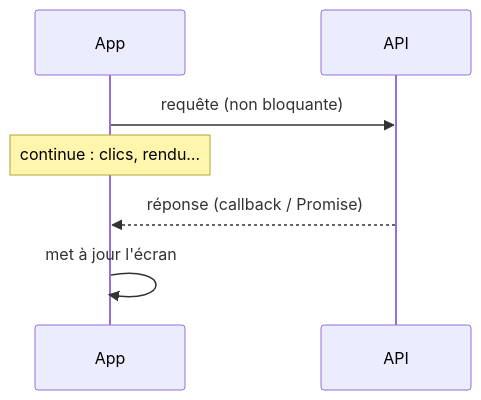
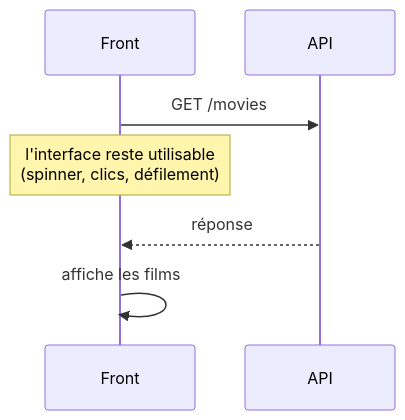
The diagram in 03-Langage/Theorie-Generale/TG-04-Synchrone-vs-Asynchrone.md (galsen-76/Informatique-), drawn with Mermaid before and after one commit. The commit also changed other lines of this file and 7 other files, not shown here.

````diff
--- a/03-Langage/Theorie-Generale/TG-04-Synchrone-vs-Asynchrone.md
+++ b/03-Langage/Theorie-Generale/TG-04-Synchrone-vs-Asynchrone.md
@@ -56,9 +42,9 @@
 ```mermaid
 sequenceDiagram
-  participant App
-  participant API
-  App->>API: requête (non bloquante)
-  Note over App: continue : clics, rendu…
-  API-->>App: réponse (callback / Promise)
-  App->>App: met à jour l'écran
+  participant App as Front
+  participant API as API
+  App->>API: GET /movies
+  Note over App: l'interface reste utilisable<br/>(spinner, clics, défilement)
+  API-->>App: réponse
+  App->>App: affiche les films
 ```
````
